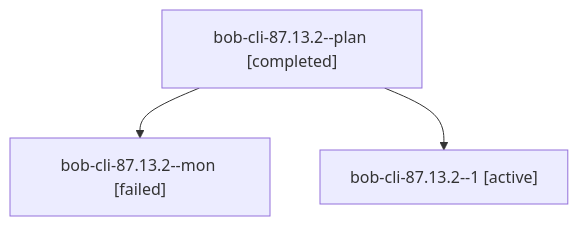
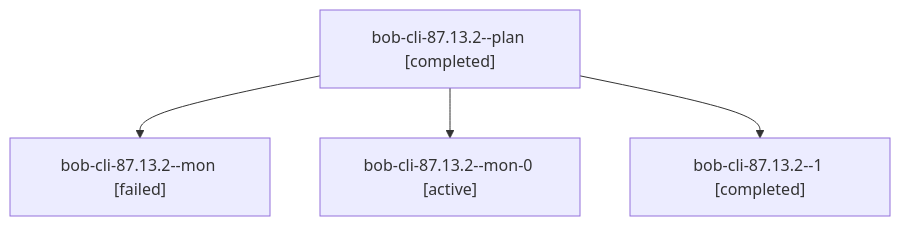
Before and after one commit to bobs-org/bob-cli--agents: the diagram in sessions/bbugyi200.athena.bob-cli-87.13.2.md, drawn with Mermaid. The commit also changed other lines of this file and 150 other files, not shown here.

````diff
--- a/sessions/bbugyi200.athena.bob-cli-87.13.2.md
+++ b/sessions/bbugyi200.athena.bob-cli-87.13.2.md
@@ -9,8 +9,10 @@
 ```mermaid
 flowchart TD
   n0["bob-cli-87.13.2--plan [completed]"]
   n1["bob-cli-87.13.2--mon [failed]"]
   n0 --> n1
-  n2["bob-cli-87.13.2--1 [active]"]
+  n2["bob-cli-87.13.2--mon-0 [active]"]
   n0 --> n2
+  n3["bob-cli-87.13.2--1 [completed]"]
+  n0 --> n3
 ```
````
